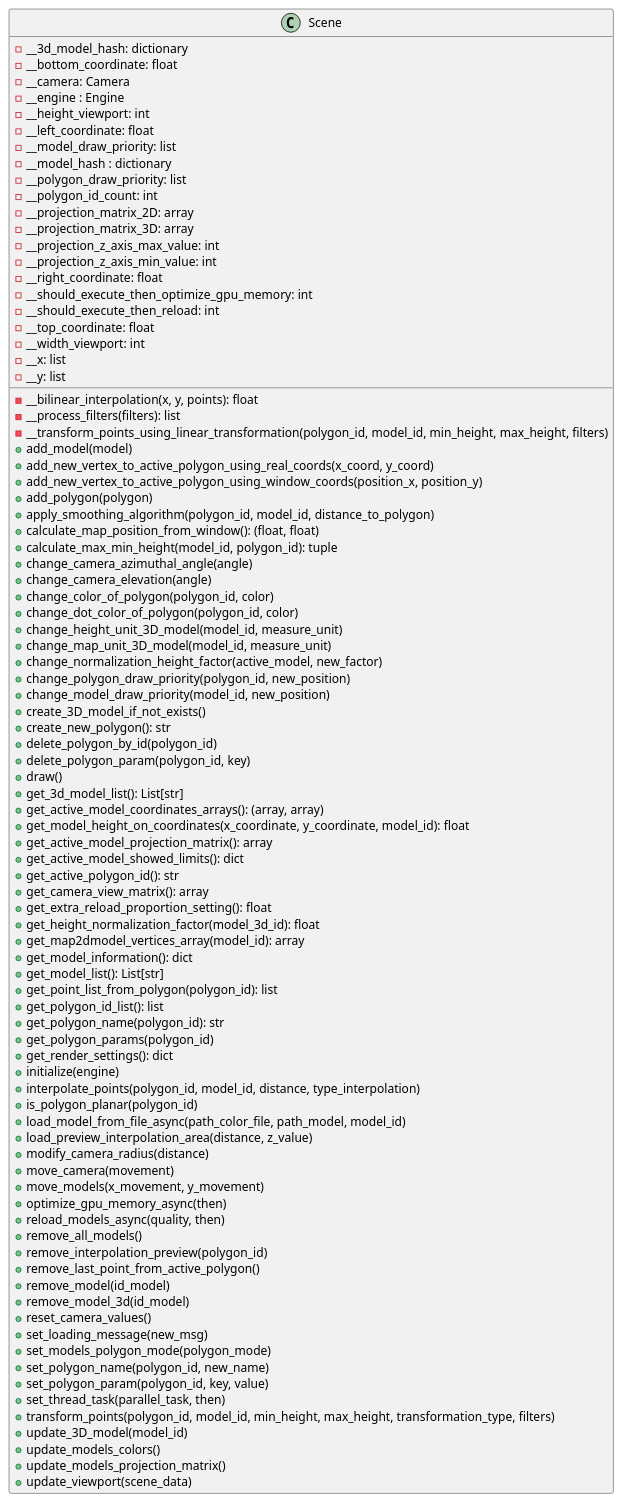
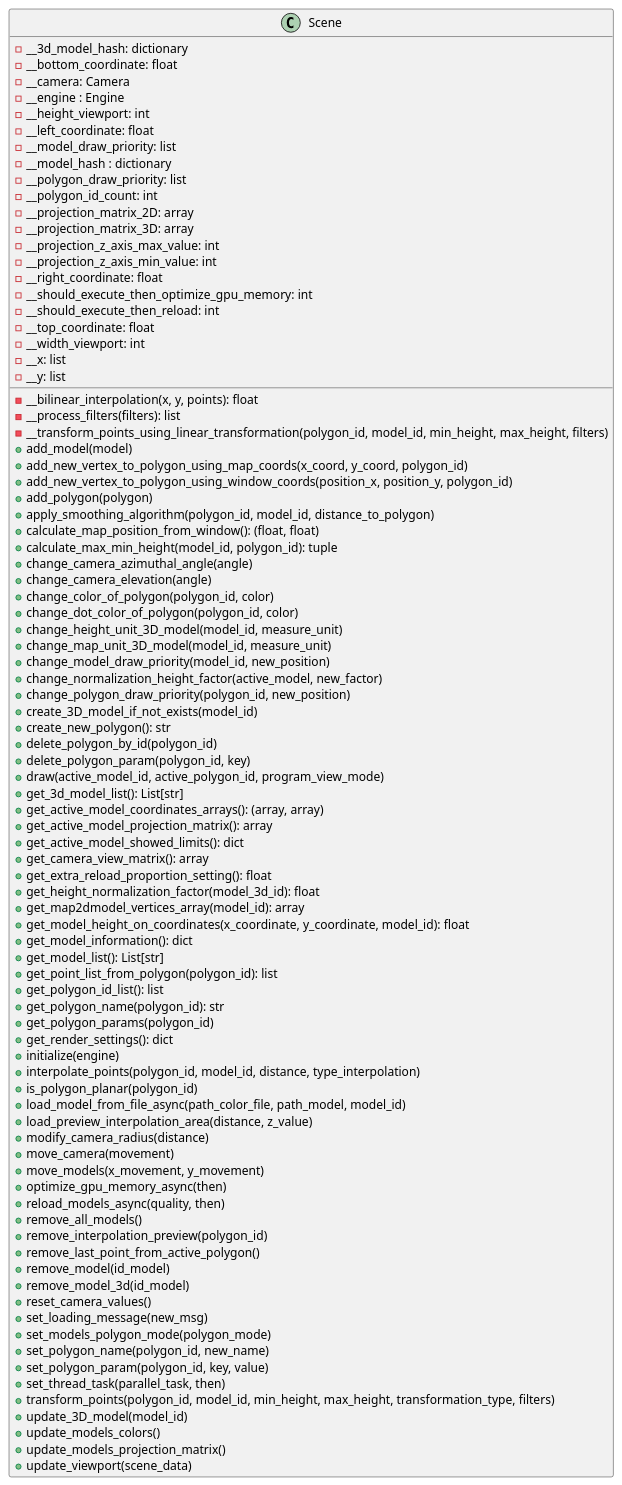
Before and after one commit to ferpoble2/Relief_Creator: the diagram in docs/classes/Scene.puml, drawn with PlantUML. The commit also changed 4 other files, not shown here.

```diff
--- a/docs/classes/Scene.puml
+++ b/docs/classes/Scene.puml
@@ -1,93 +1,92 @@
 @startuml
             class Scene{
                 - __bilinear_interpolation(x, y, points): float
                 - __process_filters(filters): list
                 - __transform_points_using_linear_transformation(polygon_id, model_id, min_height, max_height, filters)
                 + add_model(model)
-                + add_new_vertex_to_active_polygon_using_real_coords(x_coord, y_coord)
-                + add_new_vertex_to_active_polygon_using_window_coords(position_x, position_y)
+                + add_new_vertex_to_polygon_using_map_coords(x_coord, y_coord, polygon_id)
+                + add_new_vertex_to_polygon_using_window_coords(position_x, position_y, polygon_id)
                 + add_polygon(polygon)
                 + apply_smoothing_algorithm(polygon_id, model_id, distance_to_polygon)
                 + calculate_map_position_from_window(): (float, float)
                 + calculate_max_min_height(model_id, polygon_id): tuple
                 + change_camera_azimuthal_angle(angle)
                 + change_camera_elevation(angle)
                 + change_color_of_polygon(polygon_id, color)
                 + change_dot_color_of_polygon(polygon_id, color)
                 + change_height_unit_3D_model(model_id, measure_unit)
                 + change_map_unit_3D_model(model_id, measure_unit)
+                + change_model_draw_priority(model_id, new_position)
                 + change_normalization_height_factor(active_model, new_factor)
                 + change_polygon_draw_priority(polygon_id, new_position)
-                + change_model_draw_priority(model_id, new_position)
-                + create_3D_model_if_not_exists()
+                + create_3D_model_if_not_exists(model_id)
                 + create_new_polygon(): str
                 + delete_polygon_by_id(polygon_id)
                 + delete_polygon_param(polygon_id, key)
-                + draw()
+                + draw(active_model_id, active_polygon_id, program_view_mode)
                 + get_3d_model_list(): List[str]
                 + get_active_model_coordinates_arrays(): (array, array)
-                + get_model_height_on_coordinates(x_coordinate, y_coordinate, model_id): float
                 + get_active_model_projection_matrix(): array
                 + get_active_model_showed_limits(): dict
-                + get_active_polygon_id(): str
                 + get_camera_view_matrix(): array
                 + get_extra_reload_proportion_setting(): float
                 + get_height_normalization_factor(model_3d_id): float
                 + get_map2dmodel_vertices_array(model_id): array
+                + get_model_height_on_coordinates(x_coordinate, y_coordinate, model_id): float
                 + get_model_information(): dict
                 + get_model_list(): List[str]
                 + get_point_list_from_polygon(polygon_id): list
                 + get_polygon_id_list(): list
                 + get_polygon_name(polygon_id): str
                 + get_polygon_params(polygon_id)
                 + get_render_settings(): dict
                 + initialize(engine)
                 + interpolate_points(polygon_id, model_id, distance, type_interpolation)
                 + is_polygon_planar(polygon_id)
                 + load_model_from_file_async(path_color_file, path_model, model_id)
                 + load_preview_interpolation_area(distance, z_value)
                 + modify_camera_radius(distance)
                 + move_camera(movement)
                 + move_models(x_movement, y_movement)
                 + optimize_gpu_memory_async(then)
                 + reload_models_async(quality, then)
                 + remove_all_models()
                 + remove_interpolation_preview(polygon_id)
                 + remove_last_point_from_active_polygon()
                 + remove_model(id_model)
                 + remove_model_3d(id_model)
                 + reset_camera_values()
                 + set_loading_message(new_msg)
                 + set_models_polygon_mode(polygon_mode)
                 + set_polygon_name(polygon_id, new_name)
                 + set_polygon_param(polygon_id, key, value)
                 + set_thread_task(parallel_task, then)
                 + transform_points(polygon_id, model_id, min_height, max_height, transformation_type, filters)
                 + update_3D_model(model_id)
                 + update_models_colors()
                 + update_models_projection_matrix()
                 + update_viewport(scene_data)
 
                 - __3d_model_hash: dictionary
                 - __bottom_coordinate: float
                 - __camera: Camera
                 - __engine : Engine
                 - __height_viewport: int
                 - __left_coordinate: float
                 - __model_draw_priority: list
                 - __model_hash : dictionary
                 - __polygon_draw_priority: list
                 - __polygon_id_count: int
                 - __projection_matrix_2D: array
                 - __projection_matrix_3D: array
                 - __projection_z_axis_max_value: int
                 - __projection_z_axis_min_value: int
                 - __right_coordinate: float
                 - __should_execute_then_optimize_gpu_memory: int
                 - __should_execute_then_reload: int
                 - __top_coordinate: float
                 - __width_viewport: int
                 - __x: list
                 - __y: list
             }
 @enduml
```
